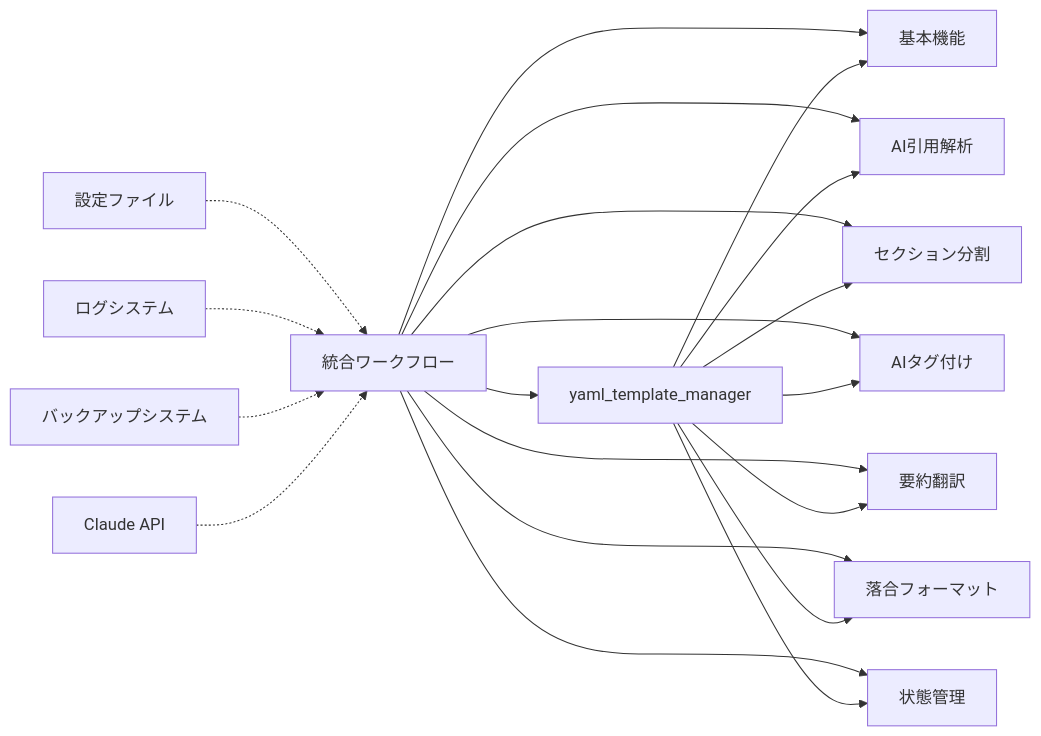
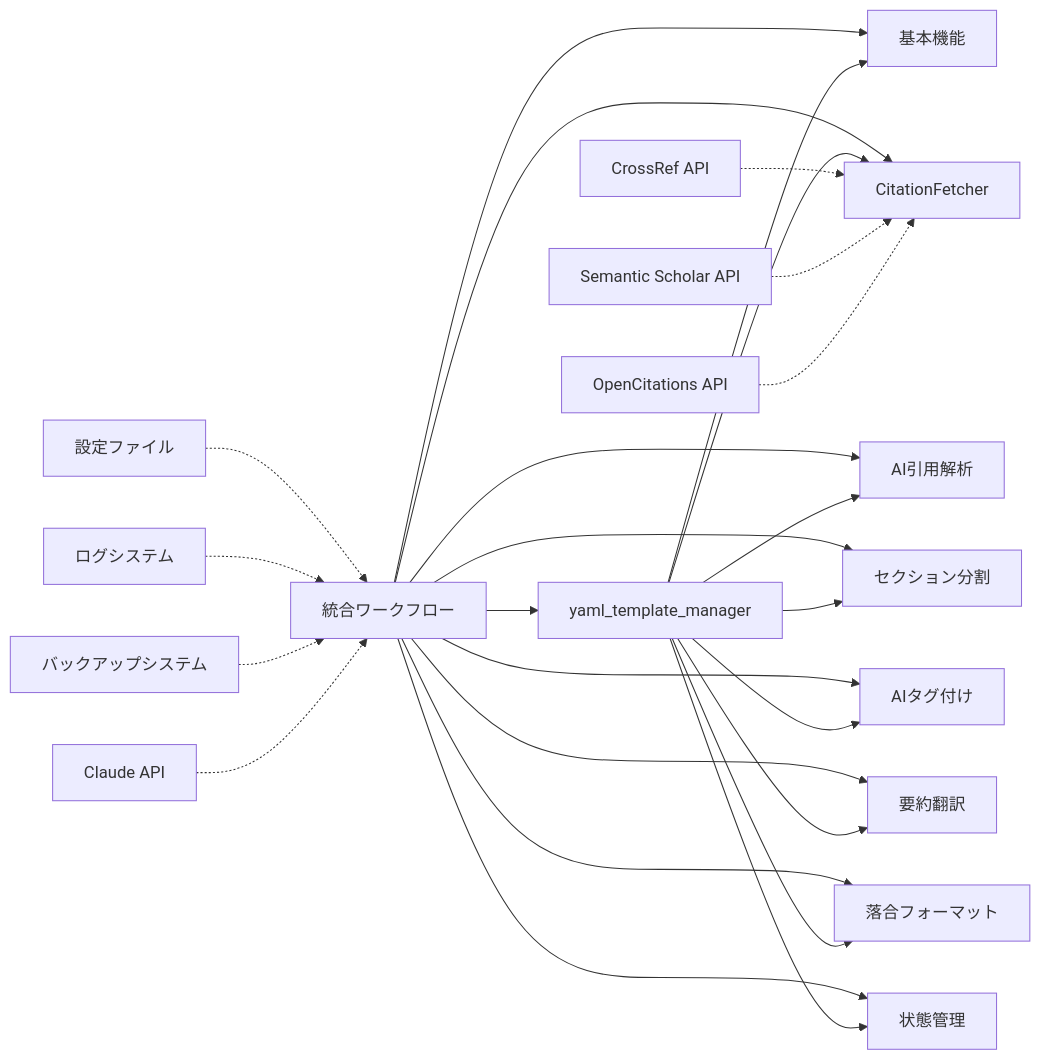
Before and after one commit to shuu5/ObsClippingsManager: the second of 2 diagrams in code/contexts/integrated_workflow_specification.md, drawn with Mermaid. The commit also changed other lines of this file and 4 other files, not shown here.

````diff
--- a/code/contexts/integrated_workflow_specification.md
+++ b/code/contexts/integrated_workflow_specification.md
@@ -33,24 +33,29 @@
 ```mermaid
 graph LR
     A["統合ワークフロー"] --> B["yaml_template_manager"]
     A --> C["基本機能"]
-    A --> D["AI引用解析"]
-    A --> E["セクション分割"]
-    A --> F["AIタグ付け"]
-    A --> G["要約翻訳"]
-    A --> H["落合フォーマット"]
-    A --> I["状態管理"]
+    A --> D["CitationFetcher"]
+    A --> E["AI引用解析"]
+    A --> F["セクション分割"]
+    A --> G["AIタグ付け"]
+    A --> H["要約翻訳"]
+    A --> I["落合フォーマット"]
+    A --> J["状態管理"]
     
     B --> C
     B --> D
     B --> E
     B --> F
     B --> G
     B --> H
     B --> I
+    B --> J
     
-    J["設定ファイル"] -.-> A
-    K["ログシステム"] -.-> A
-    L["バックアップシステム"] -.-> A
-    M["Claude API"] -.-> A
+    K["設定ファイル"] -.-> A
+    L["ログシステム"] -.-> A
+    M["バックアップシステム"] -.-> A
+    N["Claude API"] -.-> A
+    O["CrossRef API"] -.-> D
+    P["Semantic Scholar API"] -.-> D
+    Q["OpenCitations API"] -.-> D
 ```
````
